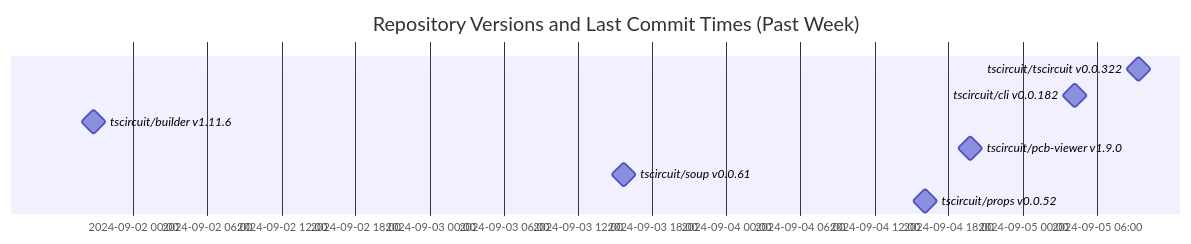
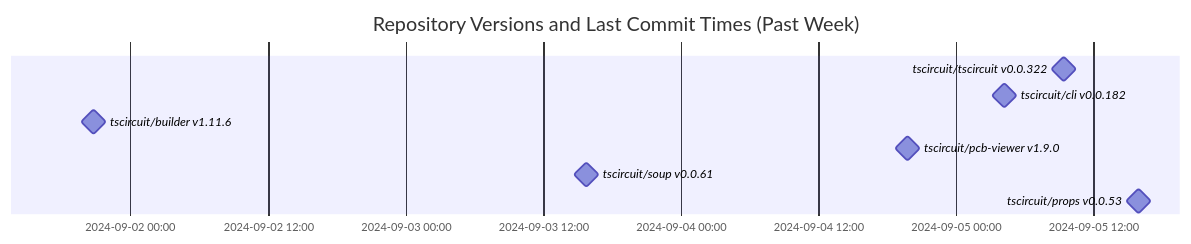
One commit to tscircuit/version-tracker changed the diagram in README.md. Above: the diagram before and after it, drawn with Mermaid.

Commit message:
Update chart

````diff
--- a/README.md
+++ b/README.md
@@ -1,13 +1,13 @@
 ```mermaid
 gantt
   dateFormat  YYYY-MM-DD HH:mm:ss
   title Repository Versions and Last Commit Times (Past Week)
   axisFormat %Y-%m-%d %H:%M
 
   tscircuit/tscircuit v0.0.322 : milestone, 2024-09-05 09:22:41, 1s
   tscircuit/cli v0.0.182 : milestone, 2024-09-05 04:10:53, 1s
   tscircuit/builder v1.11.6 : milestone, 2024-09-01 20:47:46, 1s
   tscircuit/pcb-viewer v1.9.0 : milestone, 2024-09-04 19:45:38, 1s
   tscircuit/soup v0.0.61 : milestone, 2024-09-03 15:44:43, 1s
-  tscircuit/props v0.0.52 : milestone, 2024-09-04 16:05:55, 1s
+  tscircuit/props v0.0.53 : milestone, 2024-09-05 15:54:32, 1s
 ```
````
